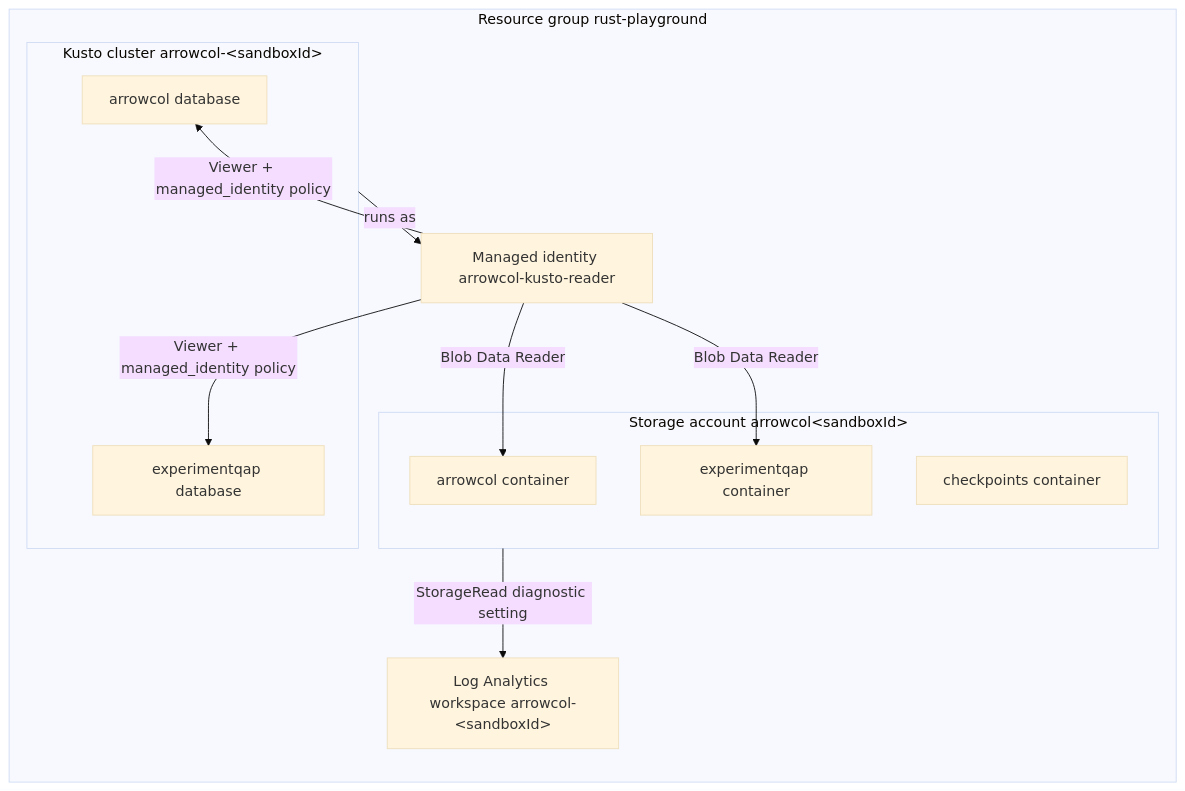
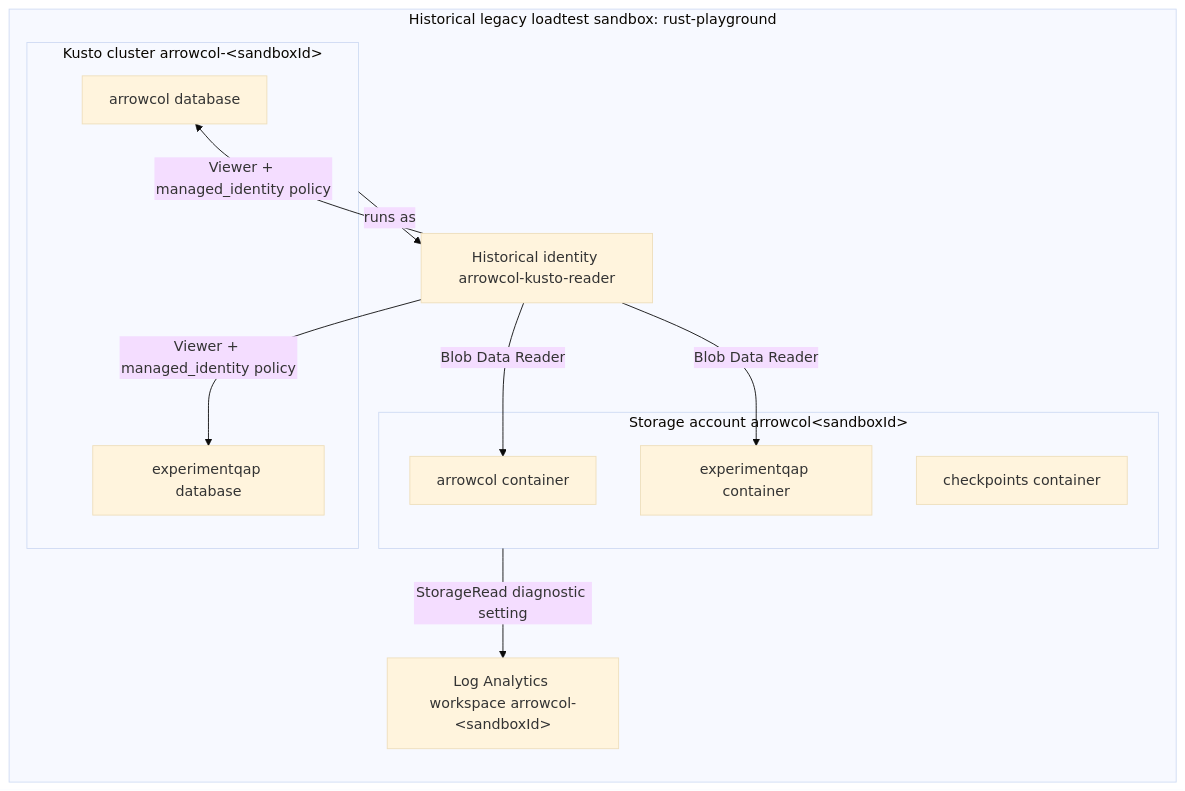
One commit to mdrakiburrahman/rust-playground changed the diagram in infra/azure/README.md. Above: the diagram before and after it, drawn with Mermaid (base theme). The commit also changed other lines of this file and 5 other files, not shown here.

````diff
--- a/infra/azure/README.md
+++ b/infra/azure/README.md
@@ -32,22 +32,22 @@
 ```mermaid
 flowchart LR
-  subgraph rg["Resource group rust-playground"]
-    mi["Managed identity arrowcol-kusto-reader"]
+  subgraph rg["Historical legacy loadtest sandbox: rust-playground"]
+    mi["Historical identity arrowcol-kusto-reader"]
     subgraph st["Storage account arrowcol#lt;sandboxId#gt;"]
       c1["arrowcol container"]
       c2["checkpoints container"]
       c3["experimentqap container"]
     end
     subgraph adx["Kusto cluster arrowcol-#lt;sandboxId#gt;"]
       d1["arrowcol database"]
       d2["experimentqap database"]
     end
     la["Log Analytics workspace arrowcol-#lt;sandboxId#gt;"]
   end
   adx -- runs as --> mi
   mi -- Blob Data Reader --> c1
   mi -- Blob Data Reader --> c3
   mi -- Viewer + managed_identity policy --> d1
   mi -- Viewer + managed_identity policy --> d2
   st -- StorageRead diagnostic setting --> la
 ```
````
